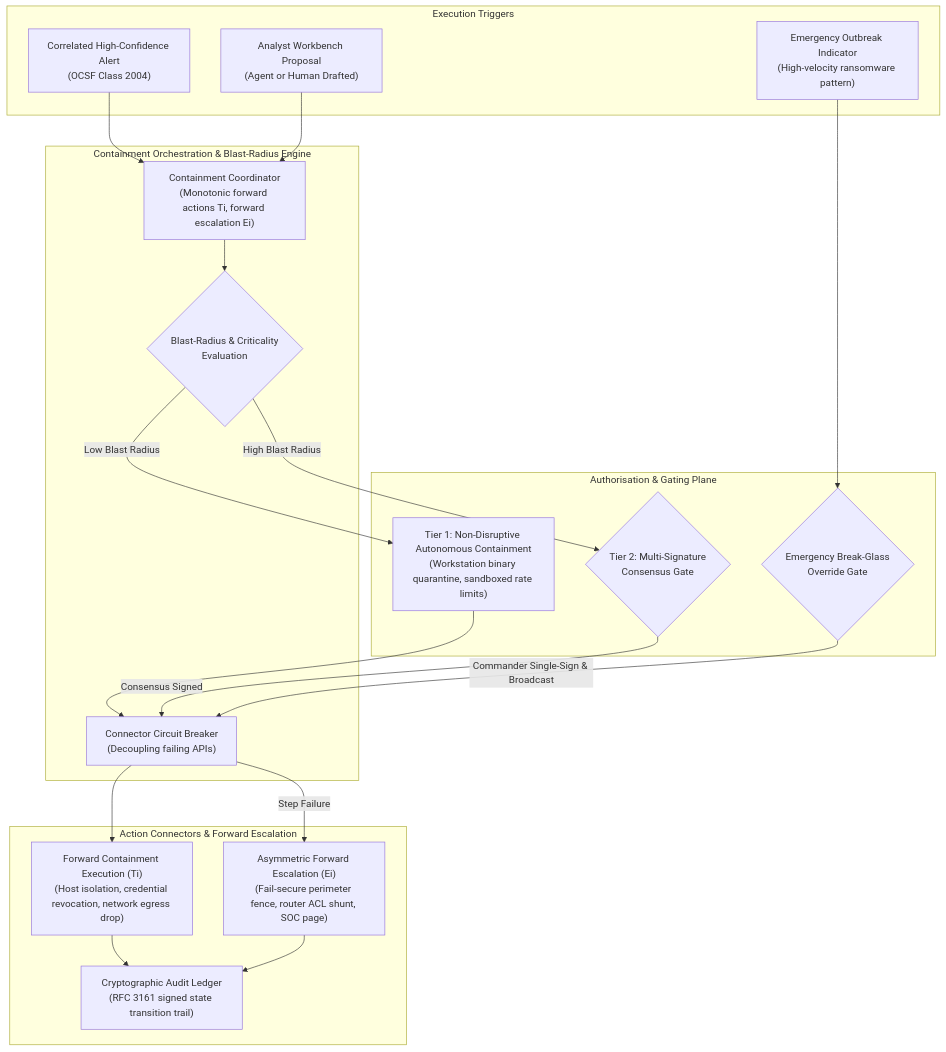
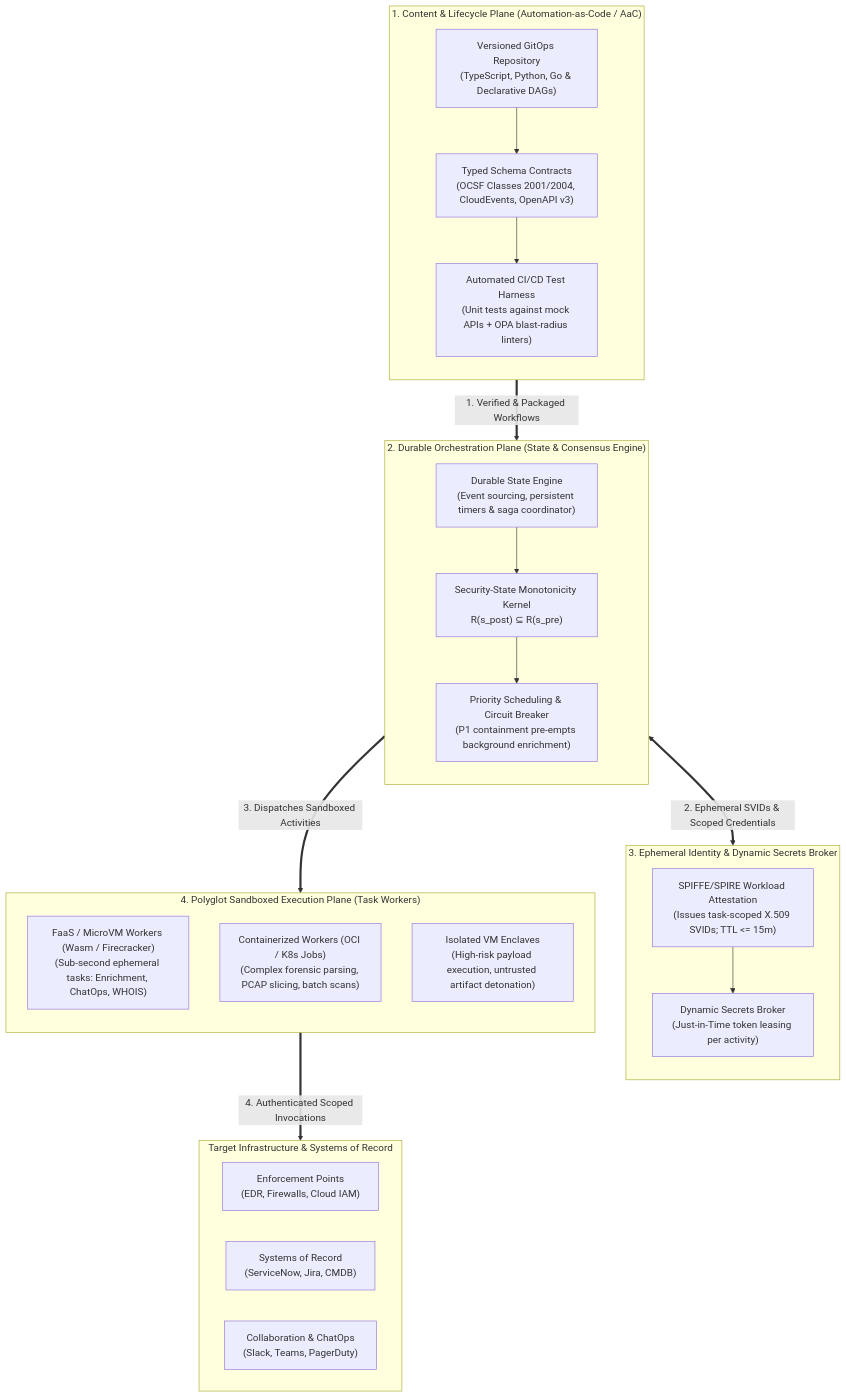
One commit to Haribu/TIDIR changed the first of 2 diagrams in docs/architecture/components/05-response-automation.md. Above: the diagram before and after it, drawn with Mermaid. The commit also changed other lines of this file and 17 other files, not shown here.

Commit message:
feat(architecture): add workflow orchestration ADR-0027, OpenID SSE actuation, 4-tier exposure ingress, and multi-source risk calibration (v1.17.0)

````diff
--- a/docs/architecture/components/05-response-automation.md
+++ b/docs/architecture/components/05-response-automation.md
@@ -10,40 +18,44 @@
 ```mermaid
 flowchart TB
-  subgraph Triggers ["Execution Triggers"]
-    T1["Correlated High-Confidence Alert\n(OCSF Class 2004)"]
-    T2["Analyst Workbench Proposal\n(Agent or Human Drafted)"]
-    T3["Emergency Outbreak Indicator\n(High-velocity ransomware pattern)"]
+  subgraph Plane1 ["1. Content & Lifecycle Plane (Automation-as-Code / AaC)"]
+    direction TB
+    P1_REPO["Versioned GitOps Repository\n(TypeScript, Python, Go & Declarative DAGs)"]
+    P1_CONTRACT["Typed Schema Contracts\n(OCSF Classes 2001/2004, CloudEvents, OpenAPI v3)"]
+    P1_CI["Automated CI/CD Test Harness\n(Unit tests against mock APIs + OPA blast-radius linters)"]
+    P1_REPO --> P1_CONTRACT --> P1_CI
   end
 
-  subgraph ContainmentEngine ["Containment Orchestration & Blast-Radius Engine"]
-    COORD["Containment Coordinator\n(Monotonic forward actions Ti, forward escalation Ei)"]
-    EVAL{"Blast-Radius & Criticality\nEvaluation"}
-    CIRCUIT["Connector Circuit Breaker\n(Decoupling failing APIs)"]
+  subgraph Plane2 ["2. Durable Orchestration Plane (State & Consensus Engine)"]
+    direction TB
+    P2_STATE["Durable State Engine\n(Event sourcing, persistent timers & saga coordinator)"]
+    P2_MONO["Security-State Monotonicity Kernel\nR(s_post) ⊆ R(s_pre)"]
+    P2_QUEUE["Priority Scheduling & Circuit Breaker\n(P1 containment pre-empts background enrichment)"]
+    P2_STATE --> P2_MONO --> P2_QUEUE
   end
 
-  subgraph GatingPlane ["Authorisation & Gating Plane"]
-    TIER1["Tier 1: Non-Disruptive Autonomous Containment\n(Workstation binary quarantine, sandboxed rate limits)"]
-    TIER2_GATE{"Tier 2: Multi-Signature\nConsensus Gate"}
-    BREAK_GLASS{"Emergency Break-Glass\nOverride Gate"}
+  subgraph Plane3 ["3. Ephemeral Identity & Dynamic Secrets Broker"]
+    direction TB
+    P3_SVID["SPIFFE/SPIRE Workload Attestation\n(Issues task-scoped X.509 SVIDs; TTL <= 15m)"]
+    P3_JIT["Dynamic Secrets Broker\n(Just-in-Time token leasing per activity)"]
+    P3_SVID --> P3_JIT
   end
 
-  subgraph ActionExecution ["Action Connectors & Forward Escalation"]
-    FORWARD_EXEC["Forward Containment Execution (Ti)\n(Host isolation, credential revocation, network egress drop)"]
-    ESCALATE_EXEC["Asymmetric Forward Escalation (Ei)\n(Fail-secure perimeter fence, router ACL shunt, SOC page)"]
-    AUDIT_LOG["Cryptographic Audit Ledger\n(RFC 3161 signed state transition trail)"]
+  subgraph Plane4 ["4. Polyglot Sandboxed Execution Plane (Task Workers)"]
+    direction TB
+    P4_FAAS["FaaS / MicroVM Workers (Wasm / Firecracker)\n(Sub-second ephemeral tasks: Enrichment, ChatOps, WHOIS)"]
+    P4_CONTAINER["Containerized Workers (OCI / K8s Jobs)\n(Complex forensic parsing, PCAP slicing, batch scans)"]
+    P4_VM["Isolated VM Enclaves\n(High-risk payload execution, untrusted artifact detonation)"]
   end
 
-  T1 & T2 --> COORD
-  T3 --> BREAK_GLASS
+  subgraph Downstream ["Target Infrastructure & Systems of Record"]
+    direction LR
+    D_ENFORCE["Enforcement Points\n(EDR, Firewalls, Cloud IAM)"]
+    D_ITSM["Systems of Record\n(ServiceNow, Jira, CMDB)"]
+    D_OPS["Collaboration & ChatOps\n(Slack, Teams, PagerDuty)"]
+  end
 
-  COORD --> EVAL
-  EVAL -->|Low Blast Radius| TIER1
-  EVAL -->|High Blast Radius| TIER2_GATE
-
-  TIER1 --> CIRCUIT --> FORWARD_EXEC
-  TIER2_GATE -->|Consensus Signed| CIRCUIT
-  BREAK_GLASS -->|Commander Single-Sign & Broadcast| CIRCUIT
-
-  CIRCUIT -->|Step Failure| ESCALATE_EXEC
-  FORWARD_EXEC & ESCALATE_EXEC --> AUDIT_LOG
+  Plane1 ==>|1. Verified & Packaged Workflows| Plane2
+  Plane2 <==>|2. Ephemeral SVIDs & Scoped Credentials| Plane3
+  Plane2 ==>|3. Dispatches Sandboxed Activities| Plane4
+  Plane4 ==>|4. Authenticated Scoped Invocations| Downstream
 ```
````
